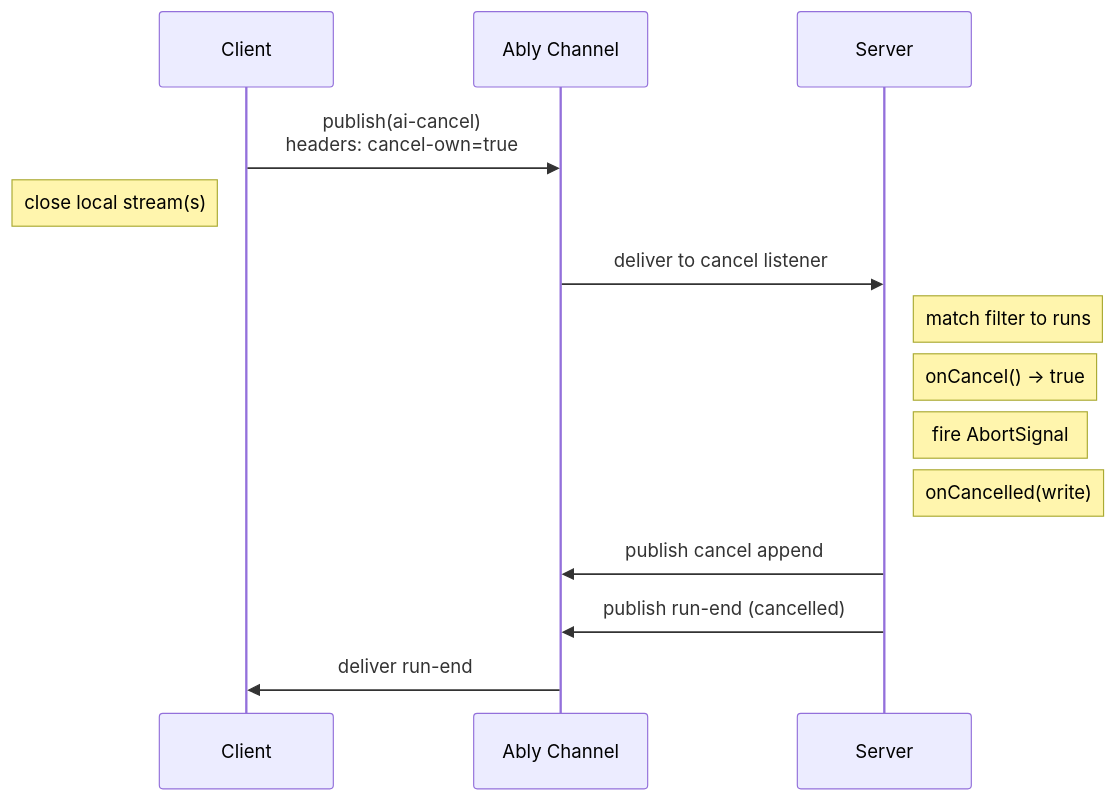
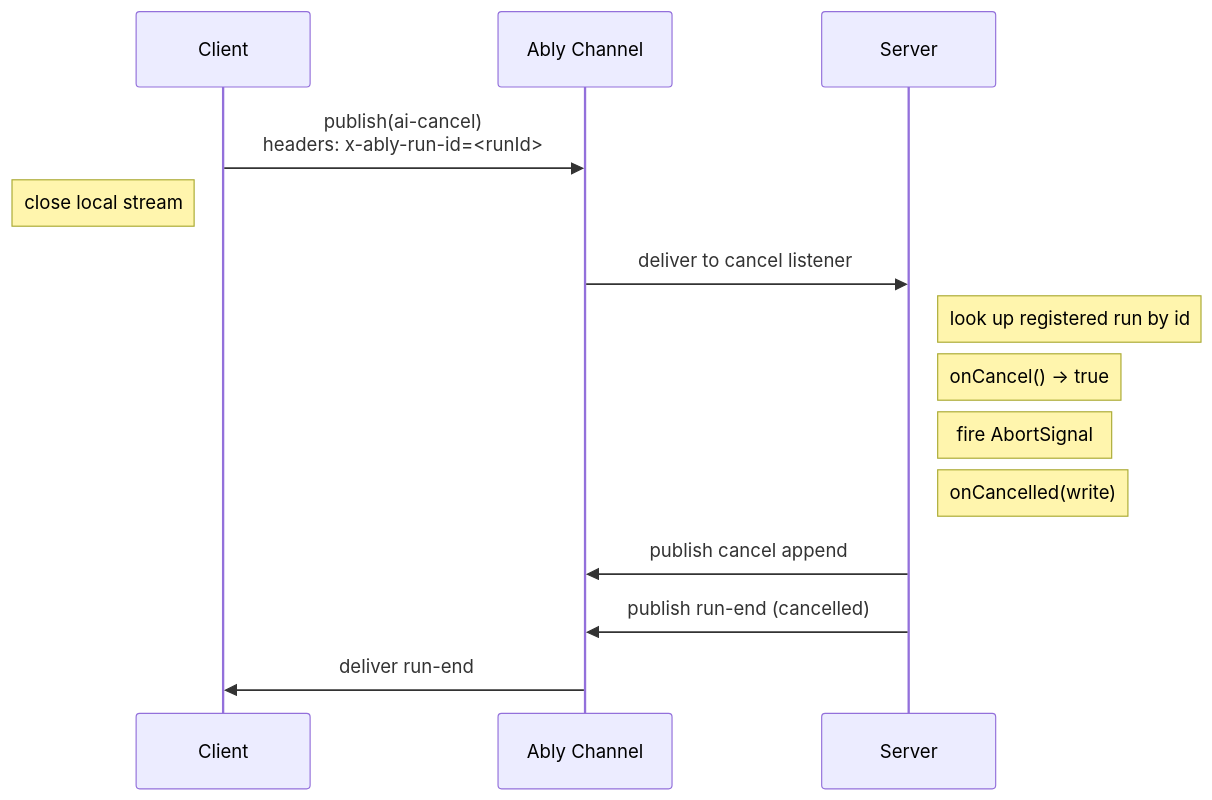
The diagram in docs/features/cancel.md (ably/ably-ai-transport-js), drawn with Mermaid before and after one commit. The commit also changed other lines of this file and 9 other files, not shown here.

First line of the commit message:
Docs: align with cancel-by-runId trim

````diff
--- a/docs/features/cancel.md
+++ b/docs/features/cancel.md
@@ -85,17 +78,17 @@
 ```mermaid
 sequenceDiagram
     participant C as Client
     participant Ch as Ably Channel
     participant S as Server
 
-    C->>Ch: publish(ai-cancel)<br/>headers: cancel-own=true
-    Note left of C: close local stream(s)
+    C->>Ch: publish(ai-cancel)<br/>headers: x-ably-run-id=<runId>
+    Note left of C: close local stream
     Ch->>S: deliver to cancel listener
-    Note right of S: match filter to runs
+    Note right of S: look up registered run by id
     Note right of S: onCancel() → true
     Note right of S: fire AbortSignal
     Note right of S: onCancelled(write)
     S->>Ch: publish cancel append
     S->>Ch: publish run-end (cancelled)
     Ch->>C: deliver run-end
 ```
````
